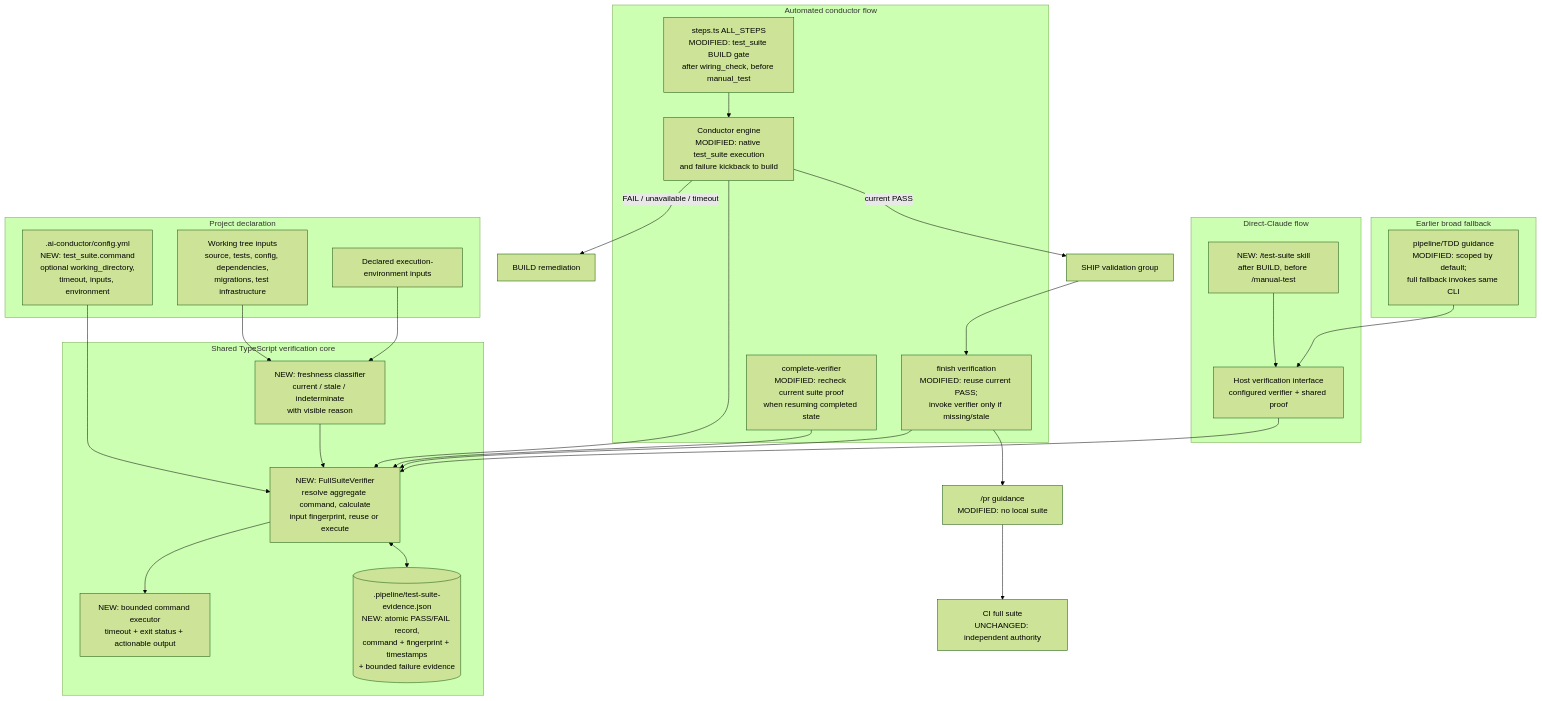
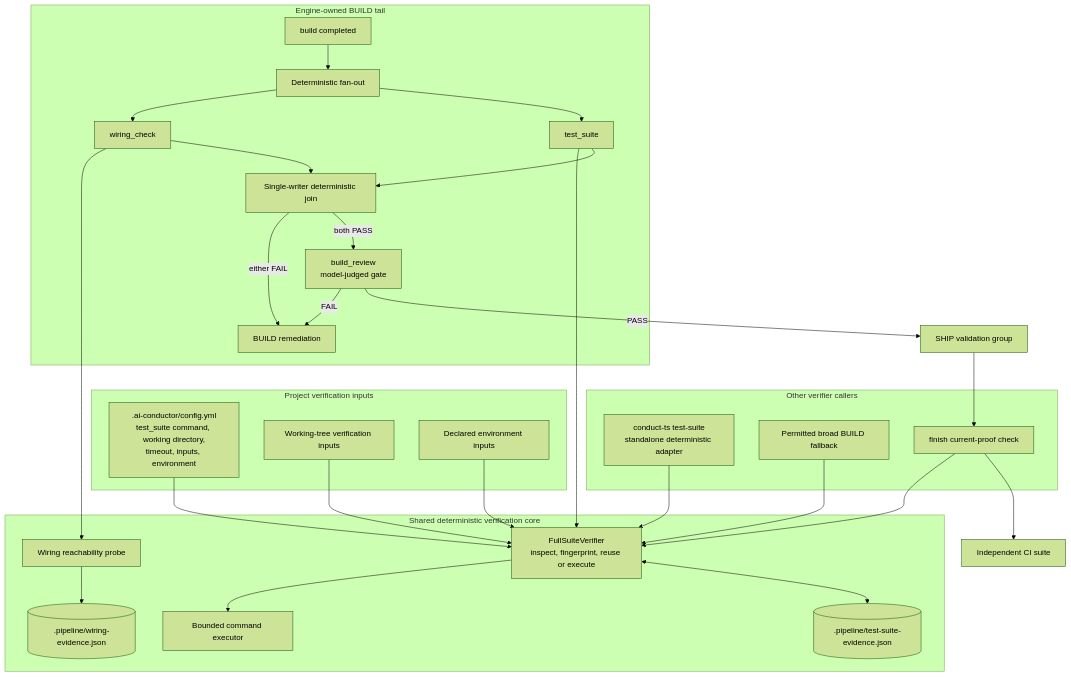
The diagram in .docs/architecture/full-suite-verification-gate-940.md (jstoup111/ai-conductor), drawn with Mermaid (forest theme) before and after one commit. The commit also changed other lines of this file and 8 other files, not shown here.

Commit message:
spec: amend deterministic verification contracts

````diff
--- a/.docs/architecture/full-suite-verification-gate-940.md
+++ b/.docs/architecture/full-suite-verification-gate-940.md
@@ -9,56 +8,60 @@
 ```mermaid
 graph TD
-    subgraph PROJECT["Project declaration"]
-        CFG[".ai-conductor/config.yml<br/>NEW: test_suite.command<br/>optional working_directory,<br/>timeout, inputs, environment"]
-        TREE["Working tree inputs<br/>source, tests, config, dependencies,<br/>migrations, test infrastructure"]
-        ENV["Declared execution-environment inputs"]
+    subgraph PROJECT["Project verification inputs"]
+        CFG[".ai-conductor/config.yml<br/>test_suite command, working directory,<br/>timeout, inputs, environment"]
+        TREE["Working-tree verification inputs"]
+        ENV["Declared environment inputs"]
     end
 
-    subgraph CORE["Shared TypeScript verification core"]
-        SERVICE["NEW: FullSuiteVerifier<br/>resolve aggregate command, calculate<br/>input fingerprint, reuse or execute"]
-        EXEC["NEW: bounded command executor<br/>timeout + exit status + actionable output"]
-        EVIDENCE[(".pipeline/test-suite-evidence.json<br/>NEW: atomic PASS/FAIL record,<br/>command + fingerprint + timestamps<br/>+ bounded failure evidence")]
-        FRESH["NEW: freshness classifier<br/>current / stale / indeterminate<br/>with visible reason"]
+    subgraph CORE["Shared deterministic verification core"]
+        VERIFY["FullSuiteVerifier<br/>inspect, fingerprint, reuse or execute"]
+        EXEC["Bounded command executor"]
+        PROOF[(".pipeline/test-suite-evidence.json")]
+        WIREPROBE["Wiring reachability probe"]
+        WIREPROOF[(".pipeline/wiring-evidence.json")]
     end
 
-    subgraph AUTO["Automated conductor flow"]
-        STEPS["steps.ts ALL_STEPS<br/>MODIFIED: test_suite BUILD gate<br/>after wiring_check, before manual_test"]
-        ENGINE["Conductor engine<br/>MODIFIED: native test_suite execution<br/>and failure kickback to build"]
-        RESUME["complete-verifier<br/>MODIFIED: recheck current suite proof<br/>when resuming completed state"]
-        FINISH["finish verification<br/>MODIFIED: reuse current PASS;<br/>invoke verifier only if missing/stale"]
+    subgraph BUILDTAIL["Engine-owned BUILD tail"]
+        BUILD["build completed"]
+        FANOUT["Deterministic fan-out"]
+        WIRING["wiring_check"]
+        SUITE["test_suite"]
+        JOIN["Single-writer deterministic join"]
+        REVIEW["build_review<br/>model-judged gate"]
+        REMEDIATE["BUILD remediation"]
     end
 
-    subgraph DIRECT["Direct-Claude flow"]
-        SKILL["NEW: /test-suite skill<br/>after BUILD, before /manual-test"]
-        HOST["Host verification interface<br/>configured verifier + shared proof"]
+    subgraph OTHER["Other verifier callers"]
+        CLI["conduct-ts test-suite<br/>standalone deterministic adapter"]
+        FALLBACK["Permitted broad BUILD fallback"]
+        FINISH["finish current-proof check"]
     end
 
-    subgraph EARLY["Earlier broad fallback"]
-        FALLBACK["pipeline/TDD guidance<br/>MODIFIED: scoped by default;<br/>full fallback invokes same CLI"]
-    end
+    SHIP["SHIP validation group"]
+    CI["Independent CI suite"]
 
-    PR["/pr guidance<br/>MODIFIED: no local suite"]
-    CI["CI full suite<br/>UNCHANGED: independent authority"]
+    CFG --> VERIFY
+    TREE --> VERIFY
+    ENV --> VERIFY
+    VERIFY --> EXEC
+    VERIFY <--> PROOF
+    WIREPROBE --> WIREPROOF
 
-    CFG --> SERVICE
-    TREE --> FRESH
-    ENV --> FRESH
-    FRESH --> SERVICE
-    SERVICE --> EXEC
-    SERVICE <--> EVIDENCE
+    BUILD --> FANOUT
+    FANOUT --> WIRING
+    FANOUT --> SUITE
+    WIRING --> WIREPROBE
+    SUITE --> VERIFY
+    WIRING --> JOIN
+    SUITE --> JOIN
+    JOIN -- "either FAIL" --> REMEDIATE
+    JOIN -- "both PASS" --> REVIEW
+    REVIEW -- "FAIL" --> REMEDIATE
+    REVIEW -- "PASS" --> SHIP
 
-    STEPS --> ENGINE
-    ENGINE --> SERVICE
-    RESUME --> SERVICE
-    ENGINE -- "FAIL / unavailable / timeout" --> BUILD["BUILD remediation"]
-    ENGINE -- "current PASS" --> SHIP["SHIP validation group"]
-    FINISH --> SERVICE
-
-    SKILL --> HOST
-    HOST --> SERVICE
-    FALLBACK --> HOST
-
+    CLI --> VERIFY
+    FALLBACK --> VERIFY
+    FINISH --> VERIFY
     SHIP --> FINISH
-    FINISH --> PR
-    PR --> CI
+    FINISH --> CI
 ```
````
